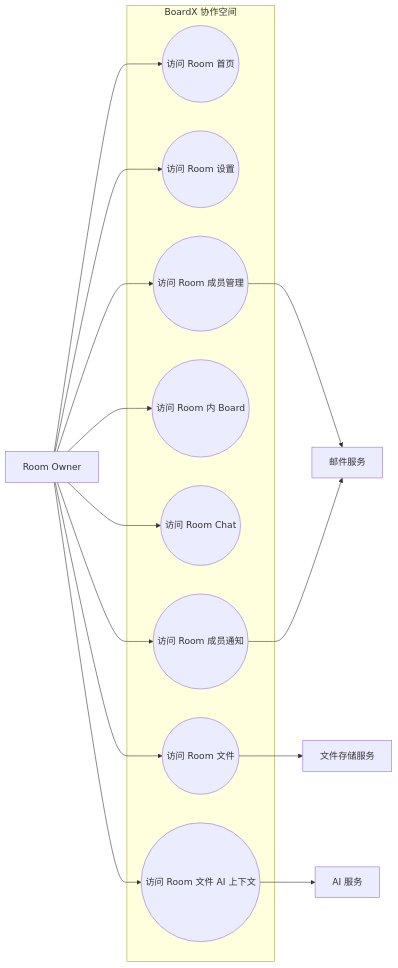
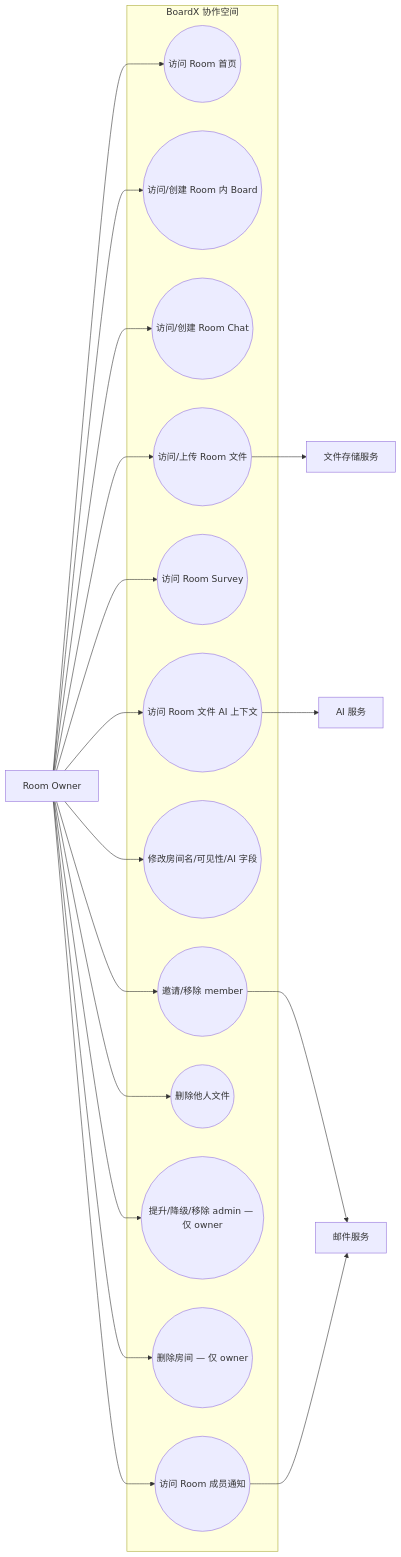
Before and after one commit to boardx/boardx-dev-template: the diagram in phases/requirements/role-diagrams/room-owner.md, drawn with Mermaid. The commit also changed other lines of this file and 10 other files, not shown here.

````diff
--- a/phases/requirements/role-diagrams/room-owner.md
+++ b/phases/requirements/role-diagrams/room-owner.md
@@ -5,32 +7,40 @@
 ```mermaid
 flowchart LR
   RoomOwner["Room Owner"]
   Mail["邮件服务"]
   Storage["文件存储服务"]
   AI["AI 服务"]
 
   subgraph BoardX["BoardX 协作空间"]
     RoomHome(("访问 Room 首页"))
-    RoomSettings(("访问 Room 设置"))
-    RoomMemberAdmin(("访问 Room 成员管理"))
-    RoomBoard(("访问 Room 内 Board"))
-    RoomChat(("访问 Room Chat"))
-    RoomFiles(("访问 Room 文件"))
+    RoomBoard(("访问/创建 Room 内 Board"))
+    RoomChat(("访问/创建 Room Chat"))
+    RoomFiles(("访问/上传 Room 文件"))
+    RoomSurvey(("访问 Room Survey"))
     RoomAIContext(("访问 Room 文件 AI 上下文"))
+    RoomSettings(("修改房间名/可见性/AI 字段"))
+    InviteMember(("邀请/移除 member"))
+    DeleteOthersFiles(("删除他人文件"))
+    ManageAdmin(("提升/降级/移除 admin — 仅 owner"))
+    DeleteRoom(("删除房间 — 仅 owner"))
     Notification(("访问 Room 成员通知"))
   end
 
   RoomOwner --> RoomHome
-  RoomOwner --> RoomSettings
-  RoomOwner --> RoomMemberAdmin
   RoomOwner --> RoomBoard
   RoomOwner --> RoomChat
   RoomOwner --> RoomFiles
+  RoomOwner --> RoomSurvey
   RoomOwner --> RoomAIContext
+  RoomOwner --> RoomSettings
+  RoomOwner --> InviteMember
+  RoomOwner --> DeleteOthersFiles
+  RoomOwner --> ManageAdmin
+  RoomOwner --> DeleteRoom
   RoomOwner --> Notification
 
-  RoomMemberAdmin --> Mail
+  InviteMember --> Mail
   Notification --> Mail
   RoomFiles --> Storage
   RoomAIContext --> AI
 ```
````
